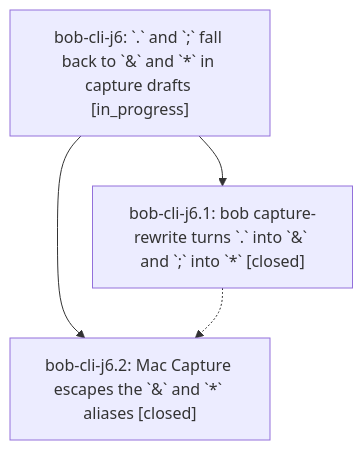
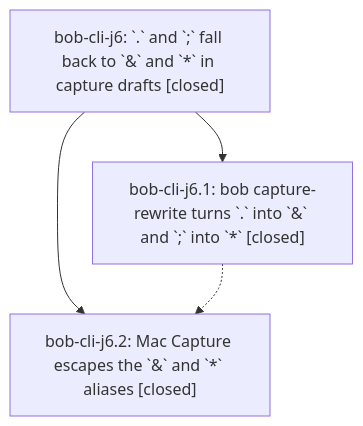
One commit to bobs-org/bob-cli--beads changed the diagram in pages/bob-cli-j6/README.md. Above: the diagram before and after it, drawn with Mermaid. The commit also changed other lines of this file and 2 other files, not shown here.

First line of the commit message:
chore(beads): sync bead state and pages for bob-cli-j6

````diff
--- a/pages/bob-cli-j6/README.md
+++ b/pages/bob-cli-j6/README.md
@@ -45,9 +62,9 @@
 ```mermaid
 flowchart TD
-    n0["bob-cli-j6: `.` and `;` fall back to `&` and `*` in capture drafts [in_progress]"]
+    n0["bob-cli-j6: `.` and `;` fall back to `&` and `*` in capture drafts [closed]"]
     n1["bob-cli-j6.1: bob capture-rewrite turns `.` into `&` and `;` into `*` [closed]"]
     n2["bob-cli-j6.2: Mac Capture escapes the `&` and `*` aliases [closed]"]
     n0 --> n1
     n0 --> n2
     n1 -.-> n2
 ```
````
